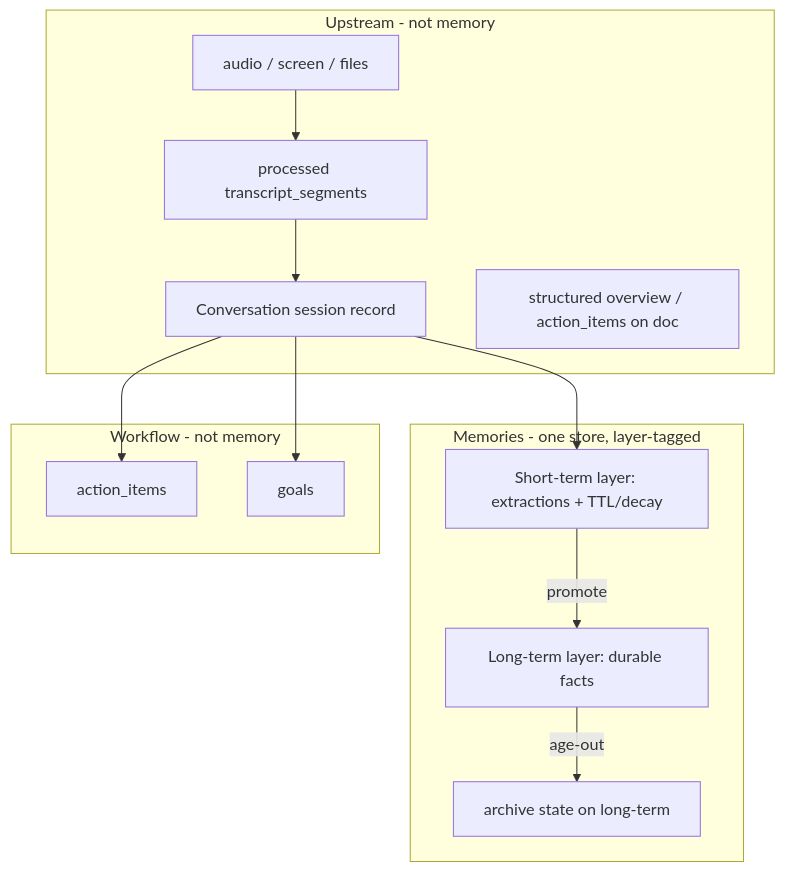
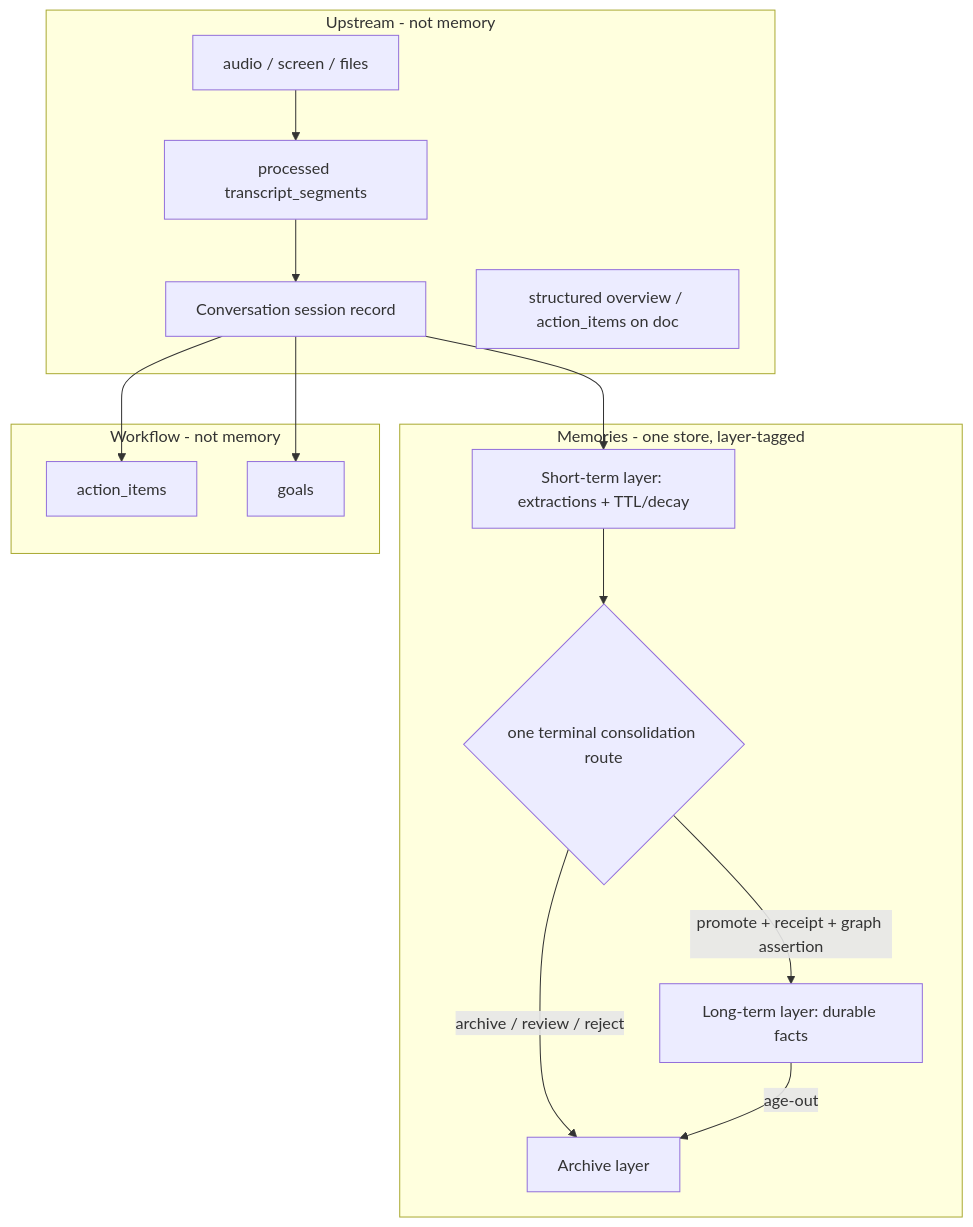
One commit to BasedHardware/omi changed the diagram in docs/memory/domain_model.md. Above: the diagram before and after it, drawn with Mermaid. The commit also changed other lines of this file and 159 other files, not shown here.

````diff
--- a/docs/memory/domain_model.md
+++ b/docs/memory/domain_model.md
@@ -14,26 +14,29 @@
 ```mermaid
 flowchart TD
   subgraph upstream [Upstream - not memory]
     A[audio / screen / files]
     Conv[Conversation session record]
     Transcript[processed transcript_segments]
     Derived[structured overview / action_items on doc]
   end
   subgraph memories [Memories - one store, layer-tagged]
     ST[Short-term layer: extractions + TTL/decay]
+    Route{one terminal consolidation route}
     LT[Long-term layer: durable facts]
-    AR[archive state on long-term]
+    AR[Archive layer]
   end
   subgraph workflow [Workflow - not memory]
     Tasks[action_items]
     Goals[goals]
   end
 
   A --> Transcript
   Transcript --> Conv
   Conv --> ST
   Conv --> Tasks
   Conv --> Goals
-  ST -- promote --> LT
+  ST --> Route
+  Route -- promote + receipt + graph assertion --> LT
+  Route -- archive / review / reject --> AR
   LT -- age-out --> AR
 ```
````
